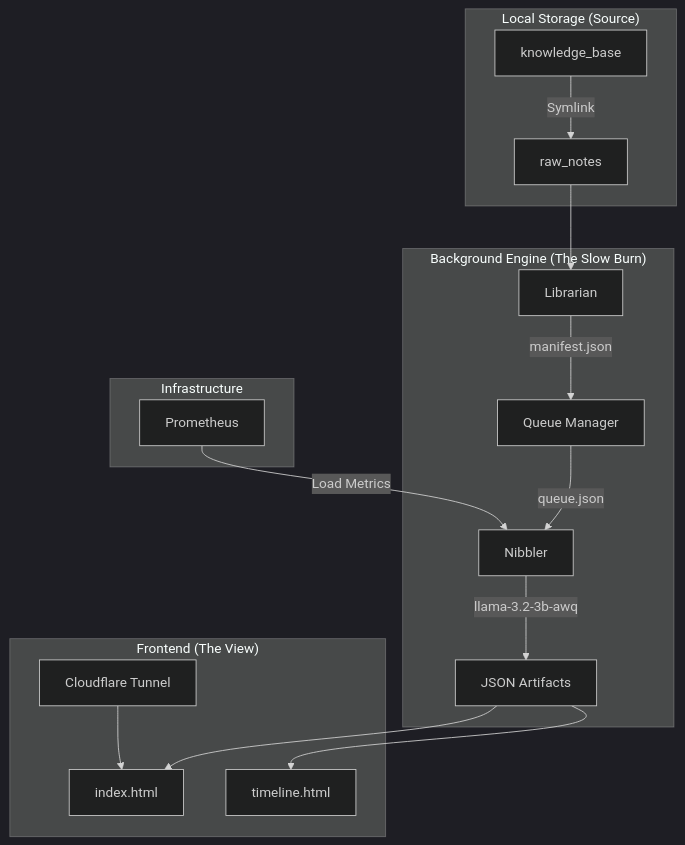
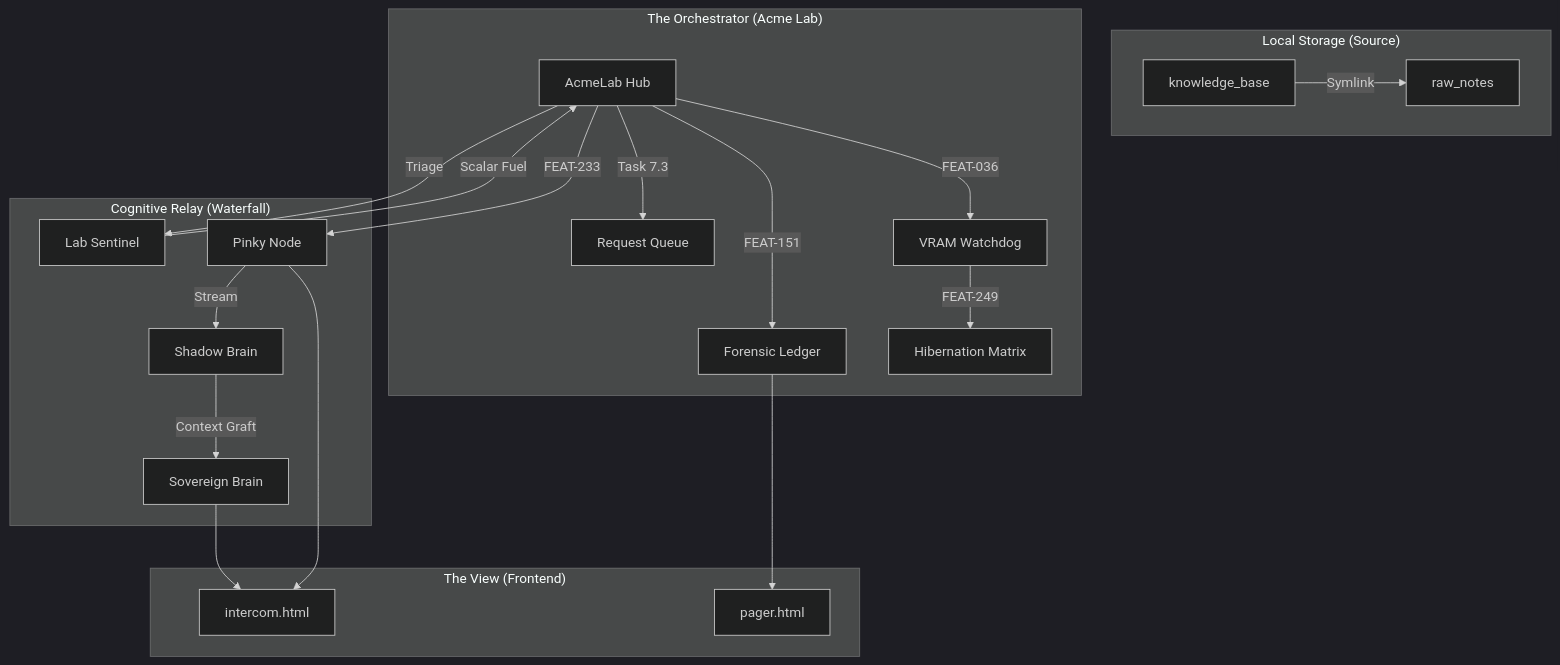
The first of 2 diagrams in FIELD_NOTES_ARCHITECTURE.md (kEnder242/Portfolio_Dev), drawn with Mermaid (dark theme) before and after one commit. The commit also changed other lines of this file and 2 other files, not shown here.

````diff
--- a/FIELD_NOTES_ARCHITECTURE.md
+++ b/FIELD_NOTES_ARCHITECTURE.md
@@ -7,23 +7,27 @@
 ```mermaid
 graph TD
     subgraph "Local Storage (Source)"
         A[knowledge_base] -->|Symlink| B[raw_notes]
     end
 
-    subgraph "Background Engine (The Slow Burn)"
-        B --> C[Librarian]
-        C -->|manifest.json| D[Queue Manager]
-        D -->|queue.json| E[Nibbler]
-        E -->|llama-3.2-3b-awq| F[JSON Artifacts]
+    subgraph "The Orchestrator (Acme Lab)"
+        H[AcmeLab Hub] -->|Task 7.3| Q[Request Queue]
+        H -->|FEAT-151| FL[Forensic Ledger]
+        H -->|FEAT-036| WD[VRAM Watchdog]
+        WD -->|FEAT-249| HM[Hibernation Matrix]
     end
 
-    subgraph "Infrastructure"
-        G[Prometheus] -->|Load Metrics| E
+    subgraph "Cognitive Relay (Waterfall)"
+        H -->|Triage| L[Lab Sentinel]
+        L -->|Scalar Fuel| H
+        H -->|FEAT-233| P[Pinky Node]
+        P -->|Stream| S[Shadow Brain]
+        S -->|Context Graft| SB[Sovereign Brain]
     end
 
-    subgraph "Frontend (The View)"
-        F --> H[index.html]
-        F --> I[timeline.html]
-        J[Cloudflare Tunnel] --> H
+    subgraph "The View (Frontend)"
+        SB --> IC[intercom.html]
+        P --> IC
+        FL --> PG[pager.html]
     end
 ```
````
